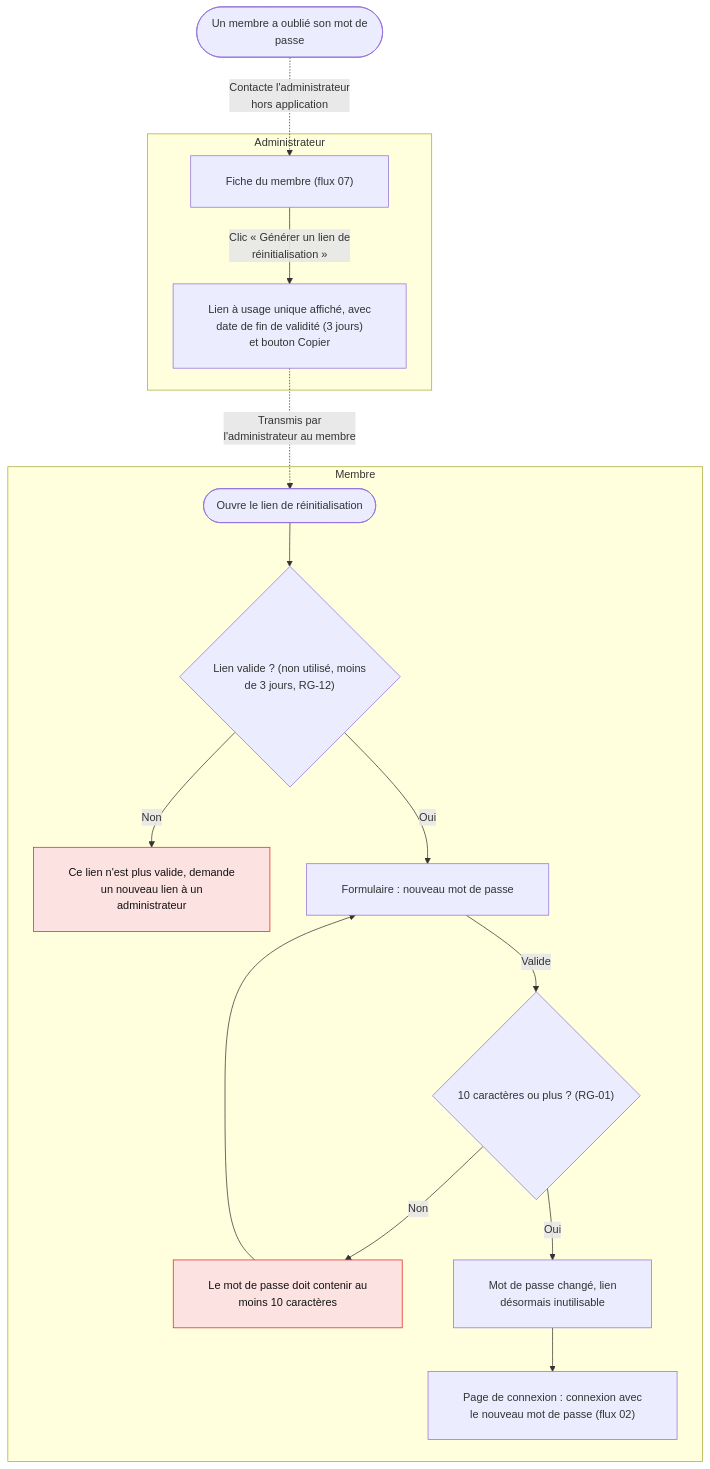
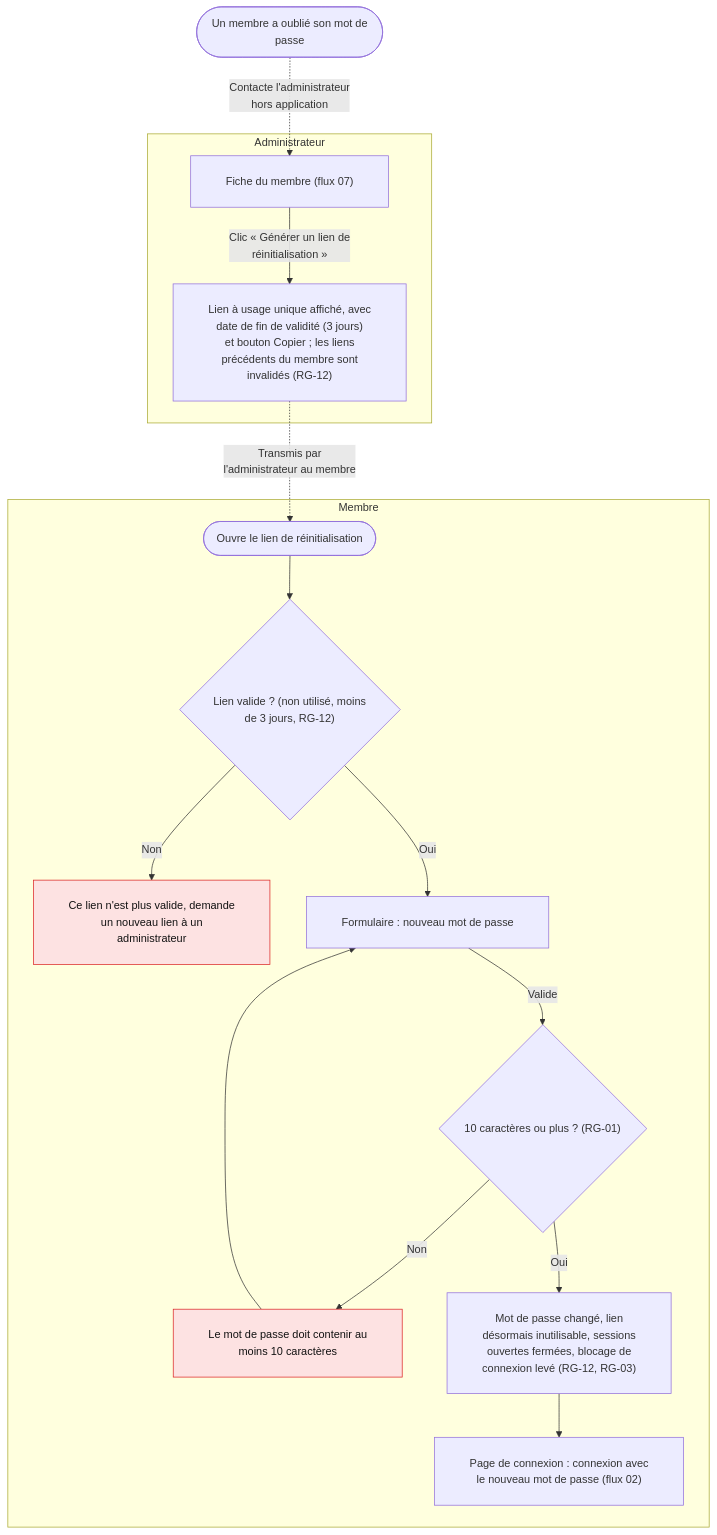
One commit to nathanjouannon/Creno changed the diagram in docs/flows/03-reinitialisation-mot-de-passe.mmd. Above: the diagram before and after it, drawn with Mermaid. The commit also changed 13 other files, not shown here.

```diff
--- a/docs/flows/03-reinitialisation-mot-de-passe.mmd
+++ b/docs/flows/03-reinitialisation-mot-de-passe.mmd
@@ -1,25 +1,25 @@
 %%{init: {"flowchart": {"htmlLabels": true, "wrappingWidth": 360, "padding": 24, "nodeSpacing": 50, "rankSpacing": 60, "curve": "basis"}, "themeVariables": {"fontSize": "15px"}}}%%
 %% Mot de passe oublié : réinitialisation par lien généré par l'administrateur (F-02, F-10, RG-01, RG-12, RG-13)
 %% Aucun e-mail n'est envoyé au MVP (RG-13) : l'administrateur transmet lui-même le lien.
 %% Légende : rectangle = écran, stade = action, losange = décision, rouge = erreur / refus, orange = à confirmer
 flowchart TD
     classDef error fill:#fde2e2,stroke:#dc2626,color:#111
 
     M(["Un membre a oublié son mot de<br/>passe"]) -.->|"Contacte l'administrateur<br/>hors application"| A1
 
     subgraph ADMIN["Administrateur"]
-        A1["Fiche du membre (flux 07)"] -->|"Clic « Générer un lien de<br/>réinitialisation »"| A2["Lien à usage unique affiché, avec<br/>date de fin de validité (3 jours)<br/>et bouton Copier"]
+        A1["Fiche du membre (flux 07)"] -->|"Clic « Générer un lien de<br/>réinitialisation »"| A2["Lien à usage unique affiché, avec<br/>date de fin de validité (3 jours)<br/>et bouton Copier ; les liens<br/>précédents du membre sont<br/>invalidés (RG-12)"]
     end
 
     A2 -.->|"Transmis par<br/>l'administrateur au membre"| B0
 
     subgraph MEMBRE["Membre"]
         B0(["Ouvre le lien de réinitialisation"]) --> B1{"Lien valide ? (non utilisé, moins<br/>de 3 jours, RG-12)"}
         B1 -->|"Non"| B2["Ce lien n'est plus valide, demande<br/>un nouveau lien à un<br/>administrateur"]:::error
         B1 -->|"Oui"| B3["Formulaire : nouveau mot de passe"]
         B3 -->|"Valide"| B4{"10 caractères ou plus ? (RG-01)"}
         B4 -->|"Non"| B5["Le mot de passe doit contenir au<br/>moins 10 caractères"]:::error
         B5 --> B3
-        B4 -->|"Oui"| B6["Mot de passe changé, lien<br/>désormais inutilisable"]
+        B4 -->|"Oui"| B6["Mot de passe changé, lien<br/>désormais inutilisable, sessions<br/>ouvertes fermées, blocage de<br/>connexion levé (RG-12, RG-03)"]
         B6 --> B7["Page de connexion : connexion avec<br/>le nouveau mot de passe (flux 02)"]
     end
```
